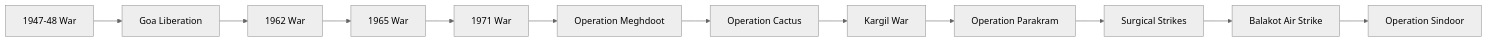
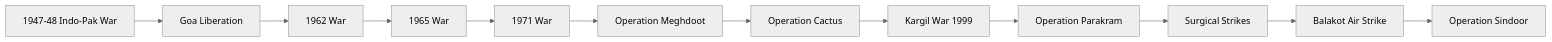
The first of 4 diagrams in 18-defence-and-national-security/military-history/README.md (abhijitxroy/india), drawn with Mermaid (neutral theme) before and after one commit. The commit also changed other lines of this file and 26 other files, not shown here.

````diff
--- a/18-defence-and-national-security/military-history/README.md
+++ b/18-defence-and-national-security/military-history/README.md
@@ -28,27 +59,27 @@
 ```mermaid
 flowchart LR
-    War1947[1947-48 War]
+    War1947[1947-48 Indo-Pak War]
     Goa1961[Goa Liberation]
     War1962[1962 War]
     War1965[1965 War]
     War1971[1971 War]
     Meghdoot1984[Operation Meghdoot]
     Cactus1988[Operation Cactus]
-    Kargil1999[Kargil War]
+    Kargil1999[Kargil War 1999]
     Parakram2001[Operation Parakram]
     Surgical2016[Surgical Strikes]
     Balakot2019[Balakot Air Strike]
     Sindoor2025[Operation Sindoor]
 
     War1947 --> Goa1961
     Goa1961 --> War1962
     War1962 --> War1965
     War1965 --> War1971
     War1971 --> Meghdoot1984
     Meghdoot1984 --> Cactus1988
     Cactus1988 --> Kargil1999
     Kargil1999 --> Parakram2001
     Parakram2001 --> Surgical2016
     Surgical2016 --> Balakot2019
     Balakot2019 --> Sindoor2025
 ```
````
